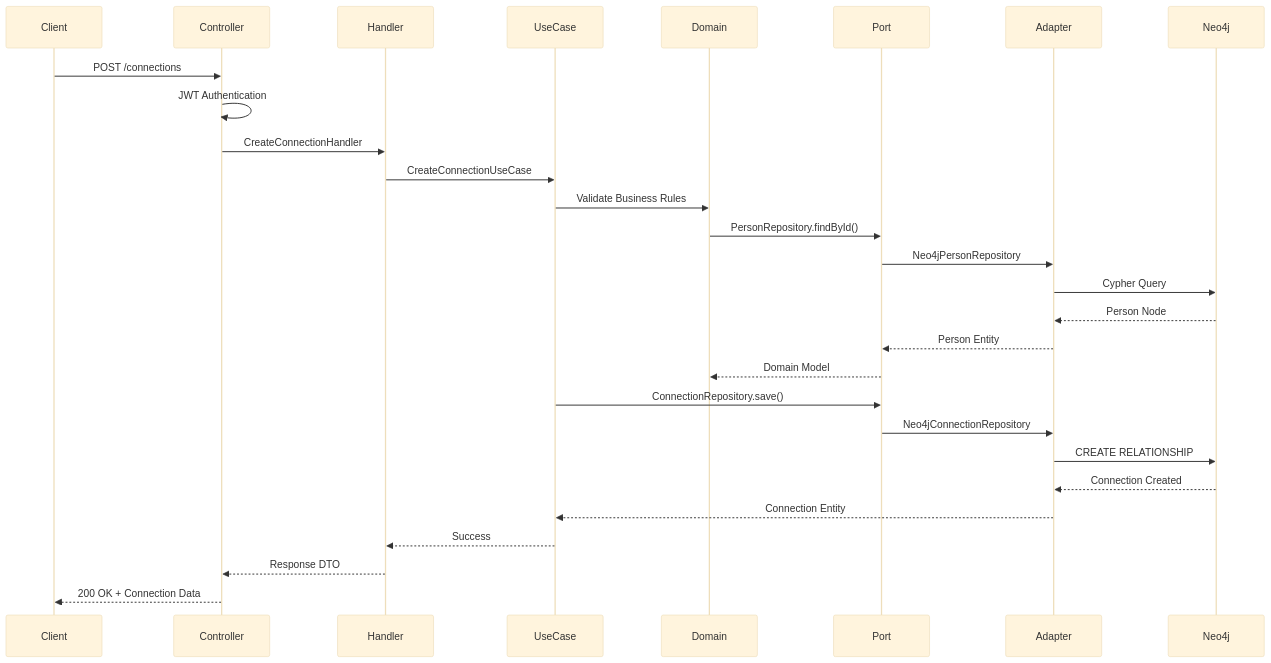
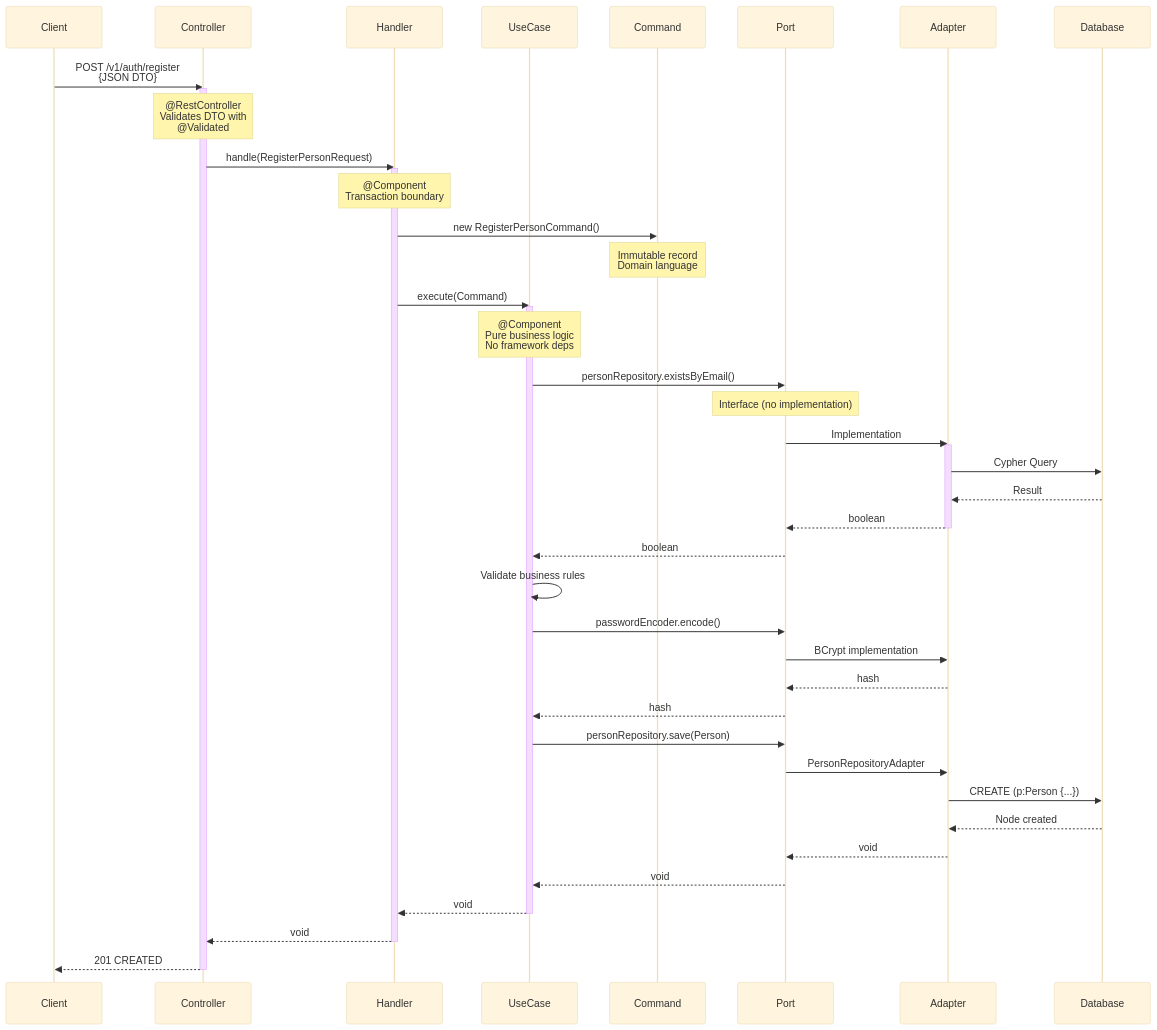
The third of 6 diagrams in README.md (Luca5Eckert/vinculo), drawn with Mermaid (base theme) before and after one commit. The commit also changed other lines of this file, not shown here.

Commit message:
chore: add architecture diagrams for Clean Architecture, DDD modules, and request flow (#4)

````diff
--- a/README.md
+++ b/README.md
@@ -300,31 +238,60 @@
 ```mermaid
 sequenceDiagram
     participant Client
     participant Controller
     participant Handler
     participant UseCase
-    participant Domain
+    participant Command
     participant Port
     participant Adapter
-    participant Neo4j
+    participant Database
     
-    Client->>Controller: POST /connections
-    Controller->>Controller: JWT Authentication
-    Controller->>Handler: CreateConnectionHandler
-    Handler->>UseCase: CreateConnectionUseCase
-    UseCase->>Domain: Validate Business Rules
-    Domain->>Port: PersonRepository.findById()
-    Port->>Adapter: Neo4jPersonRepository
-    Adapter->>Neo4j: Cypher Query
-    Neo4j-->>Adapter: Person Node
-    Adapter-->>Port: Person Entity
-    Port-->>Domain: Domain Model
-    UseCase->>Port: ConnectionRepository.save()
-    Port->>Adapter: Neo4jConnectionRepository
-    Adapter->>Neo4j: CREATE RELATIONSHIP
-    Neo4j-->>Adapter: Connection Created
-    Adapter-->>UseCase: Connection Entity
-    UseCase-->>Handler: Success
-    Handler-->>Controller: Response DTO
-    Controller-->>Client: 200 OK + Connection Data
+    Client->>Controller: POST /v1/auth/register<br/>{JSON DTO}
+    activate Controller
+    Note over Controller: @RestController<br/>Validates DTO with<br/>@Validated
+    
+    Controller->>Handler: handle(RegisterPersonRequest)
+    activate Handler
+    Note over Handler: @Component<br/>Transaction boundary
+    
+    Handler->>Command: new RegisterPersonCommand()
+    Note over Command: Immutable record<br/>Domain language
+    
+    Handler->>UseCase: execute(Command)
+    activate UseCase
+    Note over UseCase: @Component<br/>Pure business logic<br/>No framework deps
+    
+    UseCase->>Port: personRepository.existsByEmail()
+    Note over Port: Interface (no implementation)
+    
+    Port->>Adapter: Implementation
+    activate Adapter
+    Adapter->>Database: Cypher Query
+    Database-->>Adapter: Result
+    Adapter-->>Port: boolean
+    deactivate Adapter
+    
+    Port-->>UseCase: boolean
+    
+    UseCase->>UseCase: Validate business rules
+    
+    UseCase->>Port: passwordEncoder.encode()
+    Port->>Adapter: BCrypt implementation
+    Adapter-->>Port: hash
+    Port-->>UseCase: hash
+    
+    UseCase->>Port: personRepository.save(Person)
+    Port->>Adapter: PersonRepositoryAdapter
+    Adapter->>Database: CREATE (p:Person {...})
+    Database-->>Adapter: Node created
+    Adapter-->>Port: void
+    Port-->>UseCase: void
+    
+    UseCase-->>Handler: void
+    deactivate UseCase
+    Handler-->>Controller: void
+    deactivate Handler
+    
+    Controller-->>Client: 201 CREATED
+    deactivate Controller
 ```
````
